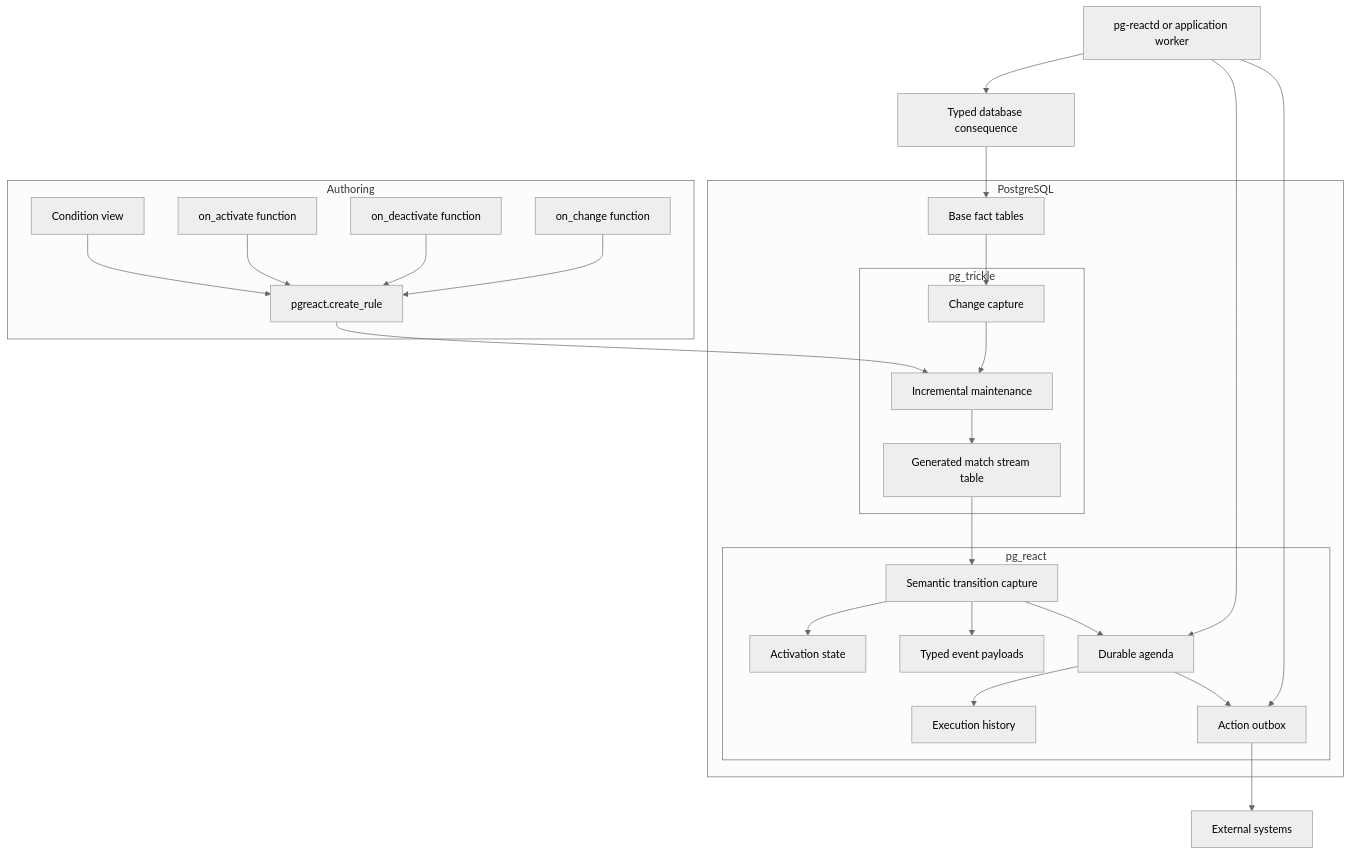
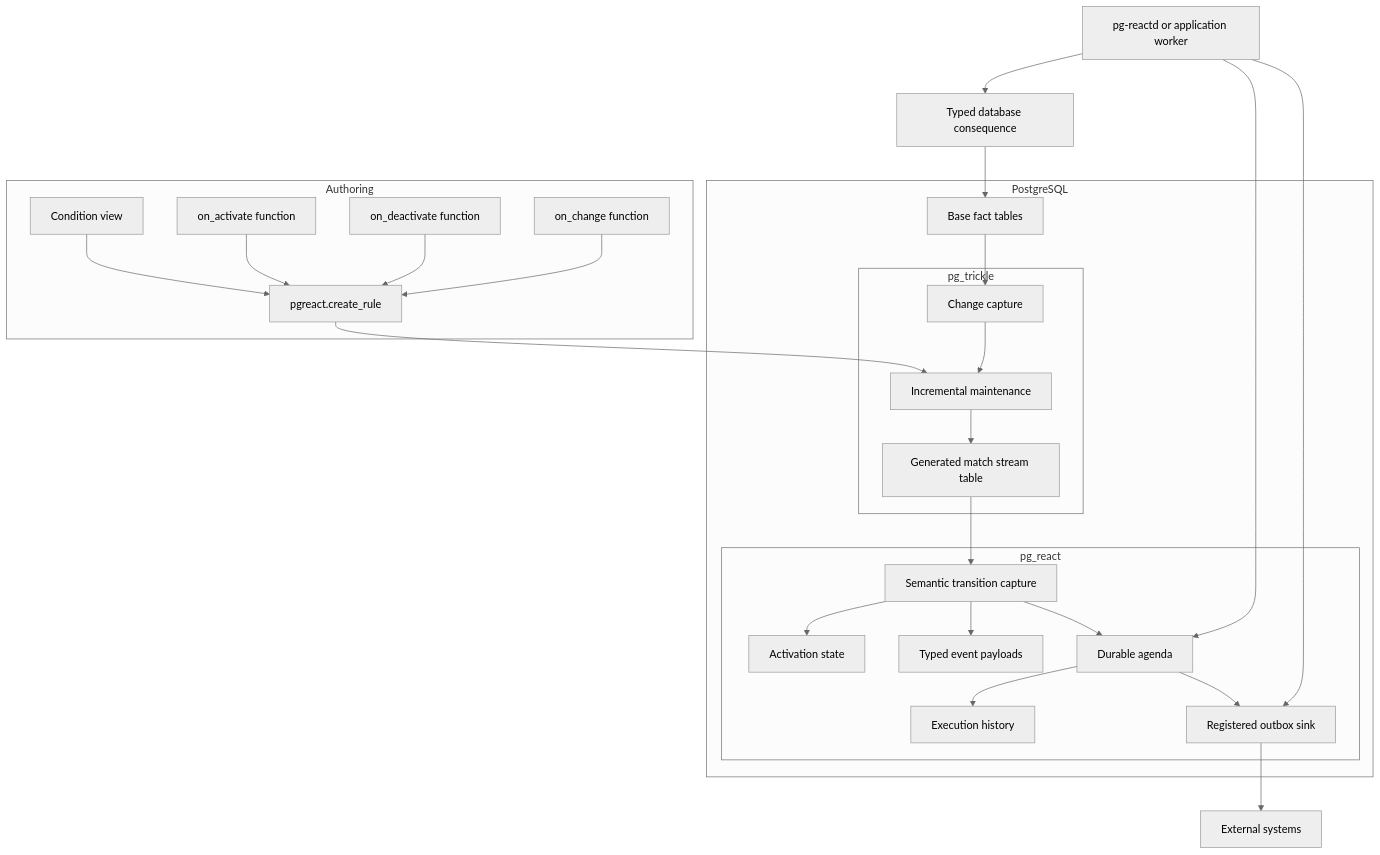
One commit to trickle-labs/pg-react changed the second of 3 diagrams in DESIGN.md. Above: the diagram before and after it, drawn with Mermaid (neutral theme). The commit also changed other lines of this file and 3 other files, not shown here.

````diff
--- a/DESIGN.md
+++ b/DESIGN.md
@@ -147,48 +152,48 @@
 ```mermaid
 flowchart TB
     subgraph Authoring
         V[Condition view]
         FA[on_activate function]
         FD[on_deactivate function]
         FC[on_change function]
         R[pgreact.create_rule]
         V --> R
         FA --> R
         FD --> R
         FC --> R
     end
 
     subgraph PostgreSQL
         BT[Base fact tables]
 
         subgraph pg_trickle
             CDC[Change capture]
             DVM[Incremental maintenance]
             MT[Generated match stream table]
         end
 
         subgraph pg_react
             CP[Semantic transition capture]
             AS[Activation state]
             EP[Typed event payloads]
             AG[Durable agenda]
             EH[Execution history]
-            OB[Action outbox]
+            OB[Registered outbox sink]
         end
     end
 
     R --> DVM
     BT --> CDC --> DVM --> MT
     MT --> CP
     CP --> AS
     CP --> EP
     CP --> AG
     AG --> EH
     AG --> OB
 
     W[pg-reactd or application worker] --> AG
     W --> X[Typed database consequence]
     W --> OB
     X --> BT
     OB --> EXT[External systems]
 ```
````
